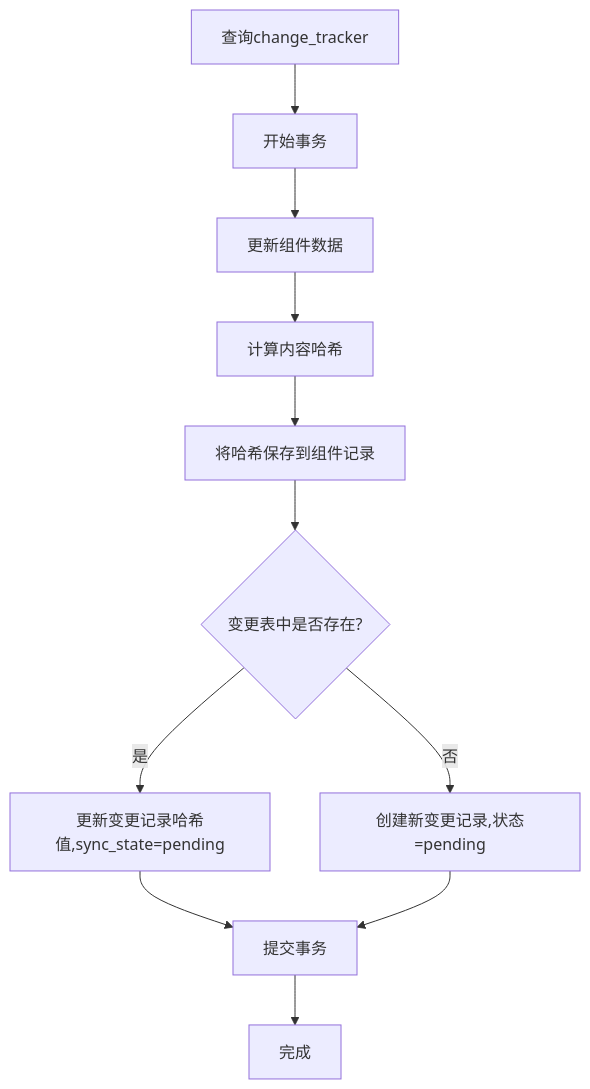
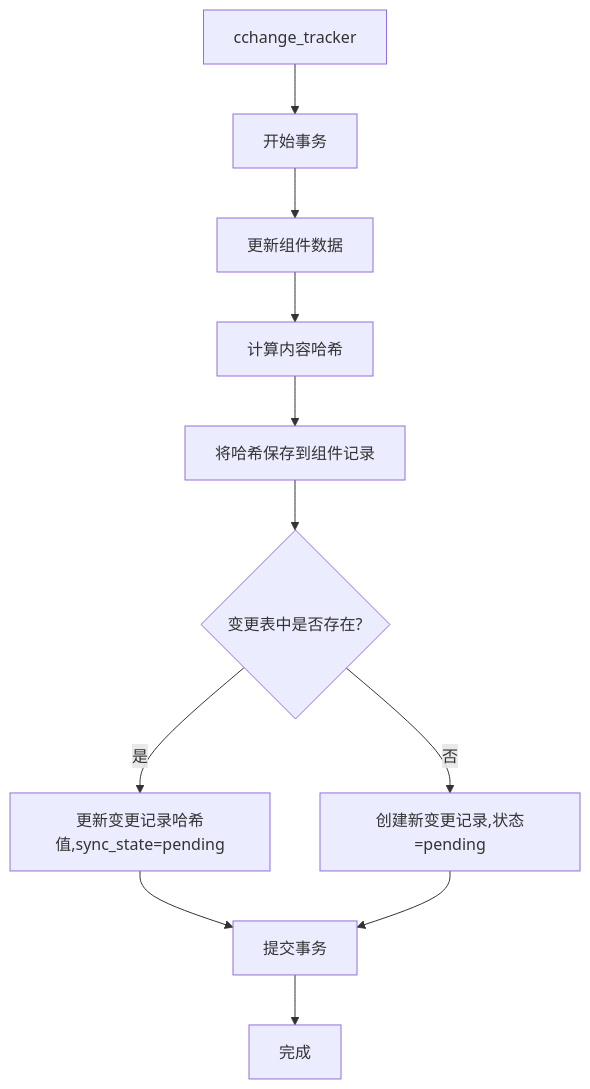
Before and after one commit to yingjianzh/iodraw-files: the diagram in all/未命名-43.md, drawn with Mermaid.

Commit message:
2025-04-25 18:12:11 update

````diff
--- a/all/未命名-43.md
+++ b/all/未命名-43.md
@@ -1,17 +1,17 @@
 ```mermaid
 
 flowchart TD
-    Start[查询change_tracker] --> StartTransaction[开始事务]
+    Start[cchange_tracker] --> StartTransaction[开始事务]
     StartTransaction --> UpdateComponent[更新组件数据]
     UpdateComponent --> CalcHash[计算内容哈希]
     CalcHash --> SaveHash[将哈希保存到组件记录]
     SaveHash --> CheckExists{变更表中是否存在?}
     
     CheckExists -- 是 --> UpdateChange[更新变更记录哈希值,sync_state=pending]
     CheckExists -- 否 --> CreateChange[创建新变更记录,状态=pending]
     
     UpdateChange --> CommitTransaction[提交事务]
     CreateChange --> CommitTransaction
     CommitTransaction --> End[完成]
 
 ```
````
